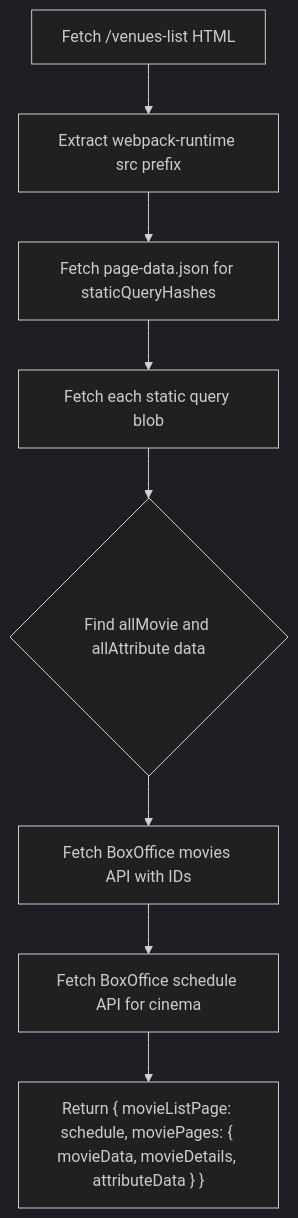
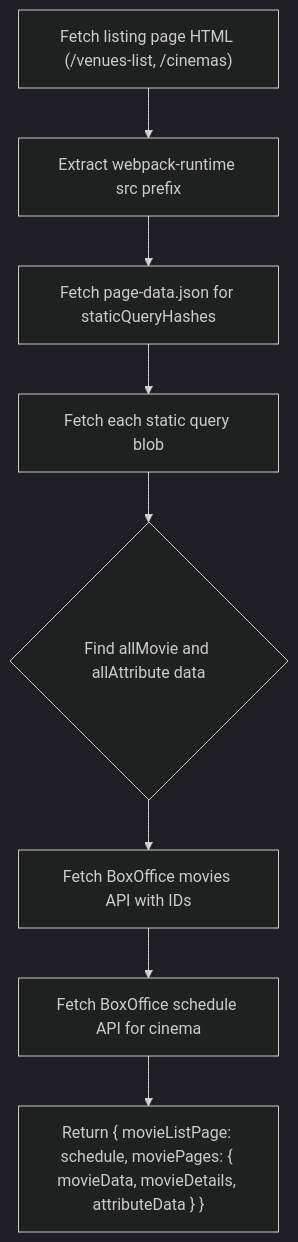
The third of 3 diagrams in docs/retrieve.md (clusterflick/scripts), drawn with Mermaid (dark theme) before and after one commit. The commit also changed other lines of this file and 70 other files, not shown here.

````diff
--- a/docs/retrieve.md
+++ b/docs/retrieve.md
@@ -401,10 +376,10 @@
 ```mermaid
 flowchart TD
-    A["Fetch /venues-list HTML"] --> B["Extract webpack-runtime src prefix"]
+    A["Fetch listing page HTML (/venues-list, /cinemas)"] --> B["Extract webpack-runtime src prefix"]
     B --> C["Fetch page-data.json for staticQueryHashes"]
     C --> D["Fetch each static query blob"]
     D --> E{"Find allMovie and allAttribute data"}
     E --> F["Fetch BoxOffice movies API with IDs"]
     F --> G["Fetch BoxOffice schedule API for cinema"]
     G --> H["Return { movieListPage: schedule, moviePages: { movieData, movieDetails, attributeData } }"]
 ```
````
